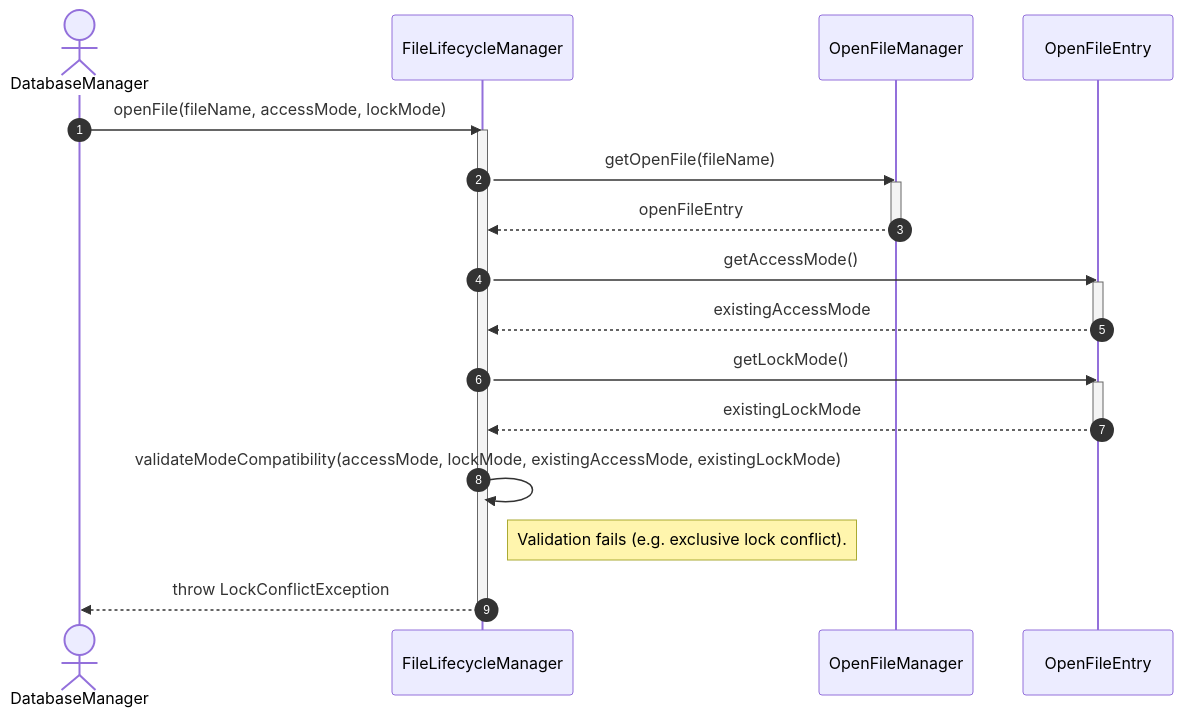
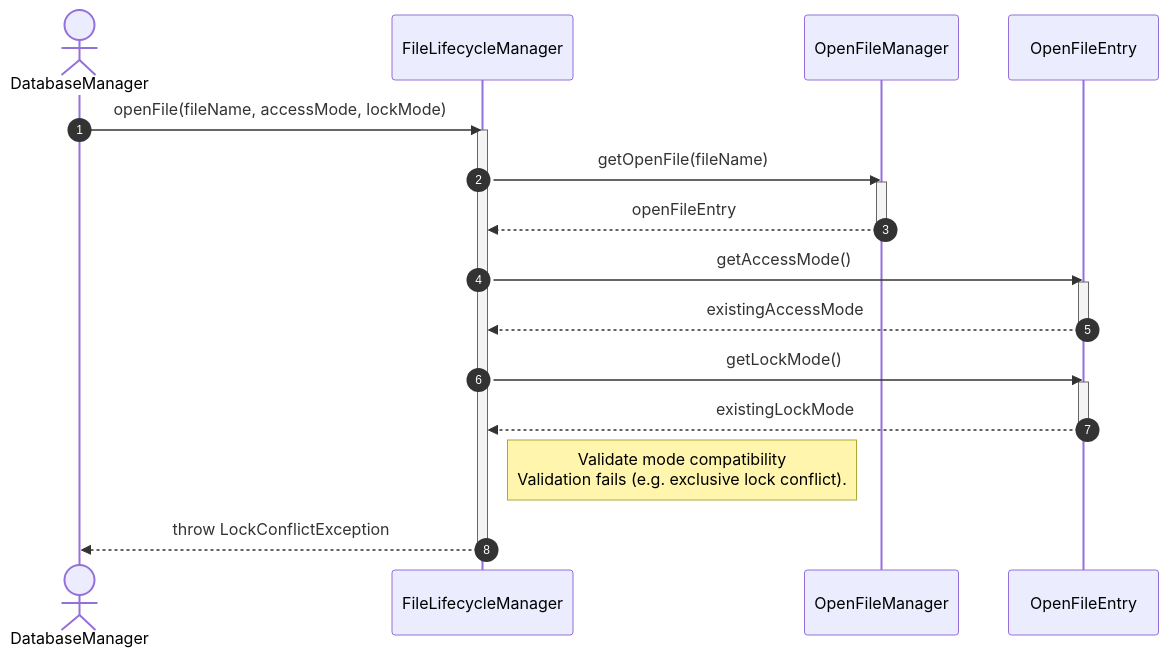
The fifth of 5 diagrams in docs/diagrams/sequence-diagrams/storage-engine/file-management/file-lifecycle/open-file.md (manaxpow/DBMS), drawn with Mermaid before and after one commit. The commit also changed other lines of this file and 98 other files, not shown here.

````diff
--- a/docs/diagrams/sequence-diagrams/storage-engine/file-management/file-lifecycle/open-file.md
+++ b/docs/diagrams/sequence-diagrams/storage-engine/file-management/file-lifecycle/open-file.md
@@ -205,32 +206,31 @@
 ```mermaid
 sequenceDiagram
     autonumber
     actor DB as DatabaseManager
     participant LM as FileLifecycleManager
     participant OM as OpenFileManager
     participant OE as OpenFileEntry
 
     DB->>LM: openFile(fileName, accessMode, lockMode)
     activate LM
     
     LM->>OM: getOpenFile(fileName)
     activate OM
     OM-->>LM: openFileEntry
     deactivate OM
     
     LM->>OE: getAccessMode()
     activate OE
     OE-->>LM: existingAccessMode
     deactivate OE
     
     LM->>OE: getLockMode()
     activate OE
     OE-->>LM: existingLockMode
     deactivate OE
     
-    LM->>LM: validateModeCompatibility(accessMode, lockMode, existingAccessMode, existingLockMode)
-    note right of LM: Validation fails (e.g. exclusive lock conflict).
+    note right of LM: Validate mode compatibility<br/>Validation fails (e.g. exclusive lock conflict).
     
     LM-->>DB: throw LockConflictException
     deactivate LM
 ```
````
